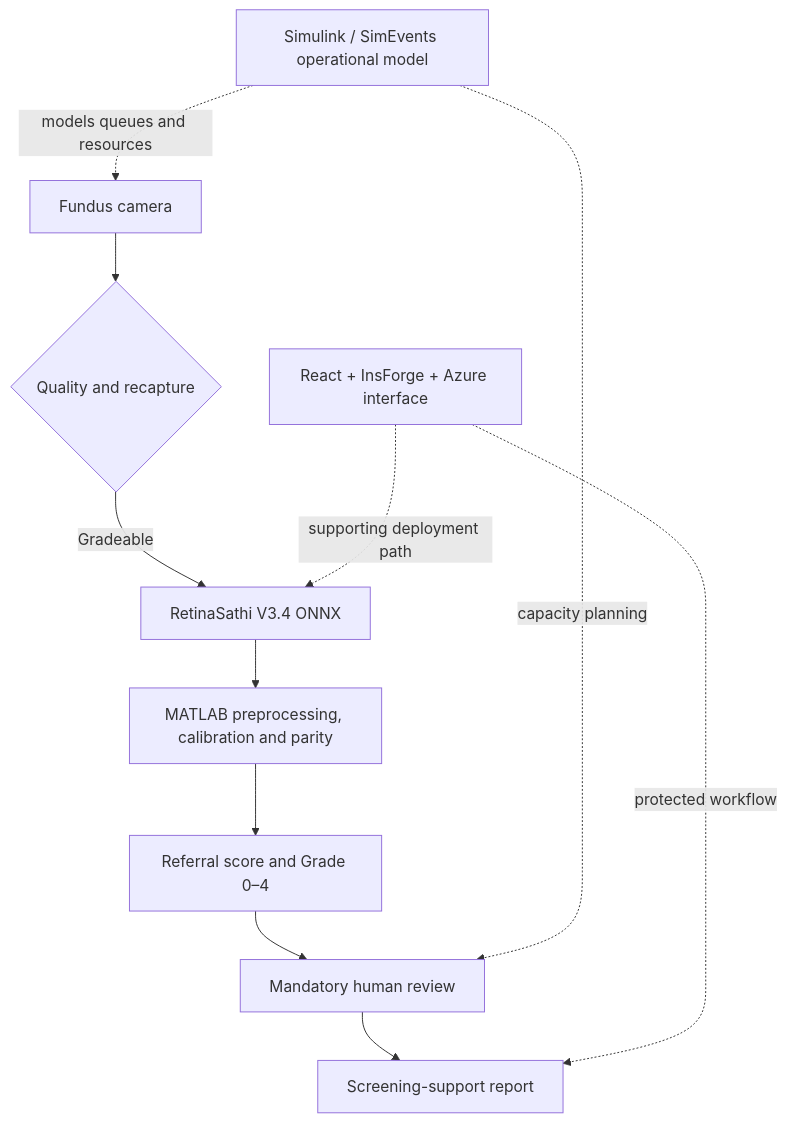
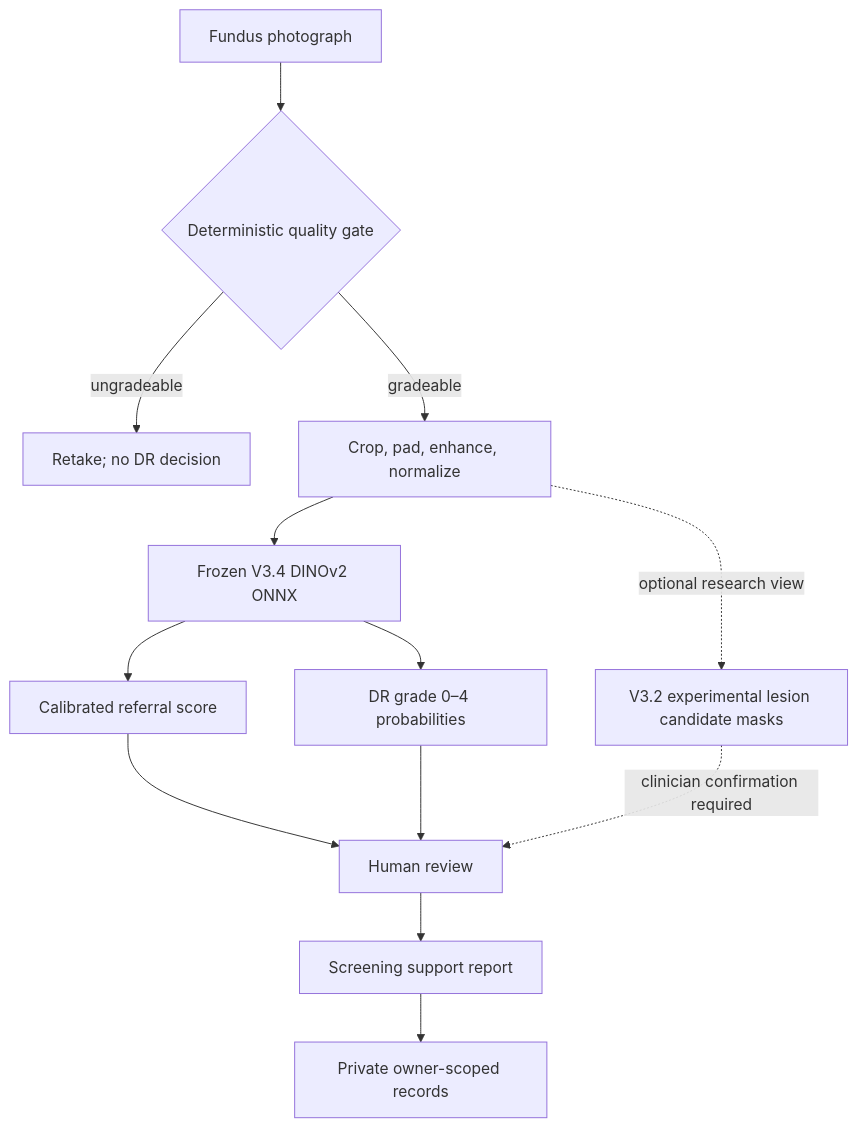
Before and after one commit to 1conicYaz/RetinaSathi: the first of 3 diagrams in docs/ARCHITECTURE.md, drawn with Mermaid. The commit also changed other lines of this file and 35 other files, not shown here.

Commit message:
Document prototype workflow and experimental lesion module

````diff
--- a/docs/ARCHITECTURE.md
+++ b/docs/ARCHITECTURE.md
@@ -9,13 +5,15 @@
 ```mermaid
 flowchart TD
-    Camera[Fundus camera] --> Quality{Quality and recapture}
-    Quality -->|Gradeable| V34[RetinaSathi V3.4 ONNX]
-    V34 --> MATLAB[MATLAB preprocessing, calibration and parity]
-    MATLAB --> Decision[Referral score and Grade 0–4]
-    Decision --> Human[Mandatory human review]
-    Human --> Report[Screening-support report]
-    Workflow[Simulink / SimEvents operational model] -. models queues and resources .-> Camera
-    Workflow -. capacity planning .-> Human
-    Web[React + InsForge + Azure interface] -. supporting deployment path .-> V34
-    Web -. protected workflow .-> Report
+    Camera[Fundus photograph] --> Quality{Deterministic quality gate}
+    Quality -->|ungradeable| Recapture[Retake; no DR decision]
+    Quality -->|gradeable| Prep[Crop, pad, enhance, normalize]
+    Prep --> V34[Frozen V3.4 DINOv2 ONNX]
+    V34 --> Referral[Calibrated referral score]
+    V34 --> Grade[DR grade 0–4 probabilities]
+    Referral --> Review[Human review]
+    Grade --> Review
+    Review --> Report[Screening support report]
+    Report --> InsForge[Private owner-scoped records]
+    Prep -. optional research view .-> Lesions[V3.2 experimental lesion candidate masks]
+    Lesions -. clinician confirmation required .-> Review
 ```
````
